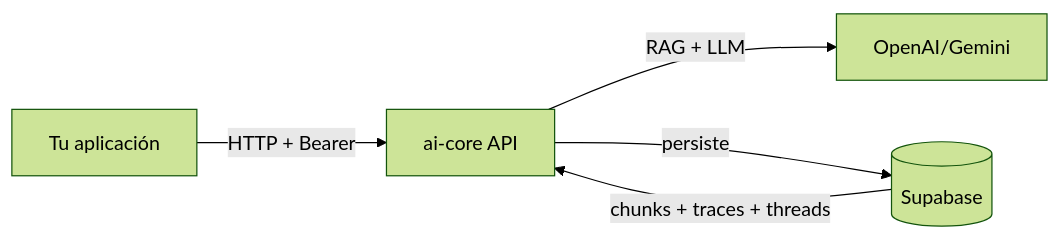
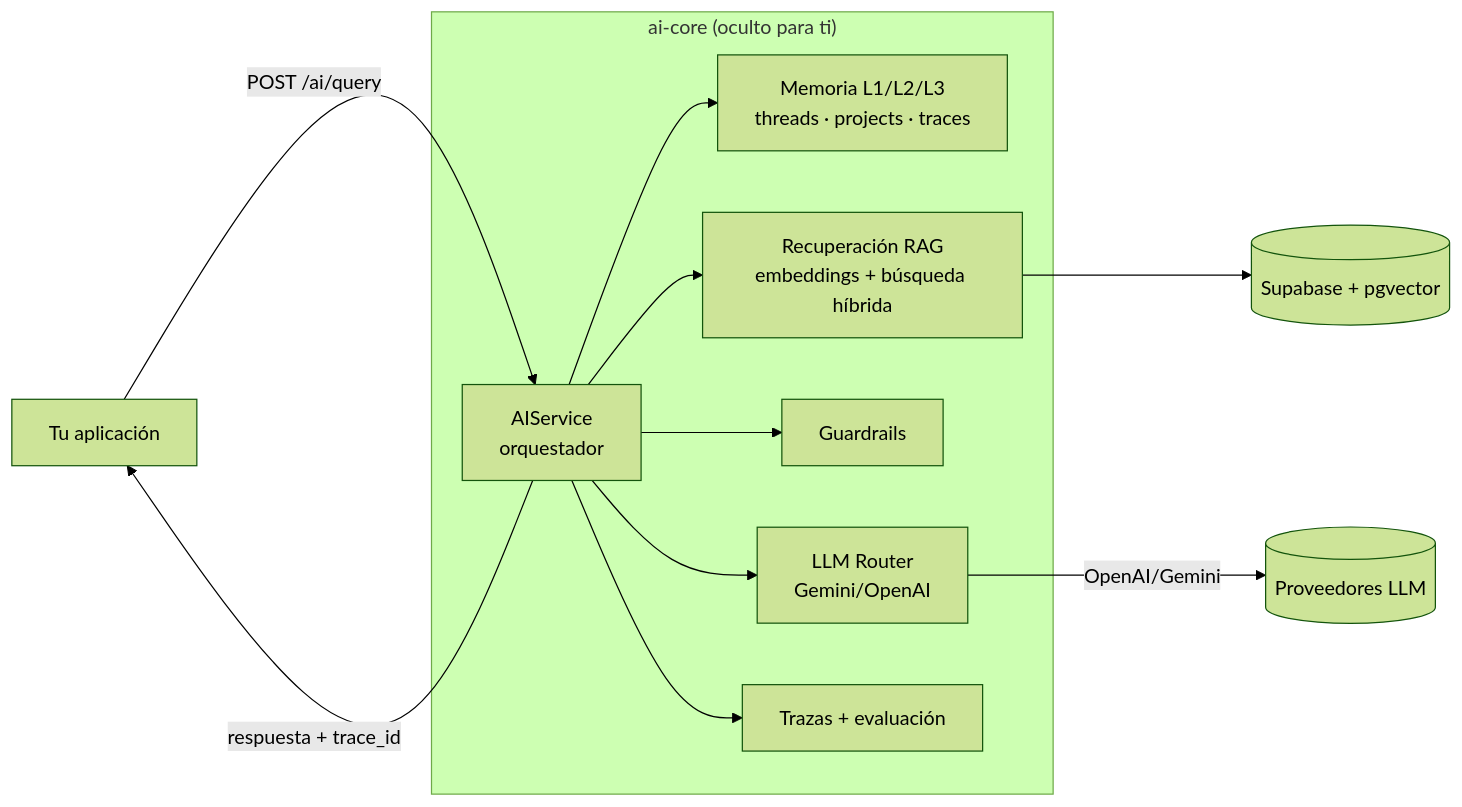
The diagram in docs/api/integration_guide.md (sebasfg99/llm_governance_ai), drawn with Mermaid (forest theme) before and after one commit. The commit also changed other lines of this file and 2 other files, not shown here.

First line of the commit message:
docs(api): aclarar que el RAG se integra vía el orquestador

````diff
--- a/docs/api/integration_guide.md
+++ b/docs/api/integration_guide.md
@@ -17,7 +29,16 @@
 ```mermaid
 flowchart LR
-    YourApp[Tu aplicación] -->|HTTP + Bearer| AICORE[ai-core API]
-    AICORE -->|RAG + LLM| LLM[OpenAI/Gemini]
-    AICORE -->|persiste| DB[(Supabase)]
-    DB -->|chunks + traces + threads| AICORE
+    YourApp[Tu aplicación] -->|POST /ai/query| ORCH[AIService<br/>orquestador]
+
+    subgraph AICORE["ai-core (oculto para ti)"]
+        ORCH --> MEM[Memoria L1/L2/L3<br/>threads · projects · traces]
+        ORCH --> RAG[Recuperación RAG<br/>embeddings + búsqueda híbrida]
+        ORCH --> GUARD[Guardrails]
+        ORCH --> LLM[LLM Router<br/>Gemini/OpenAI]
+        ORCH --> TRACE[Trazas + evaluación]
+    end
+
+    LLM -->|OpenAI/Gemini| EXT[(Proveedores LLM)]
+    RAG --> DB[(Supabase + pgvector)]
+    ORCH -->|respuesta + trace_id| YourApp
 ```
````
